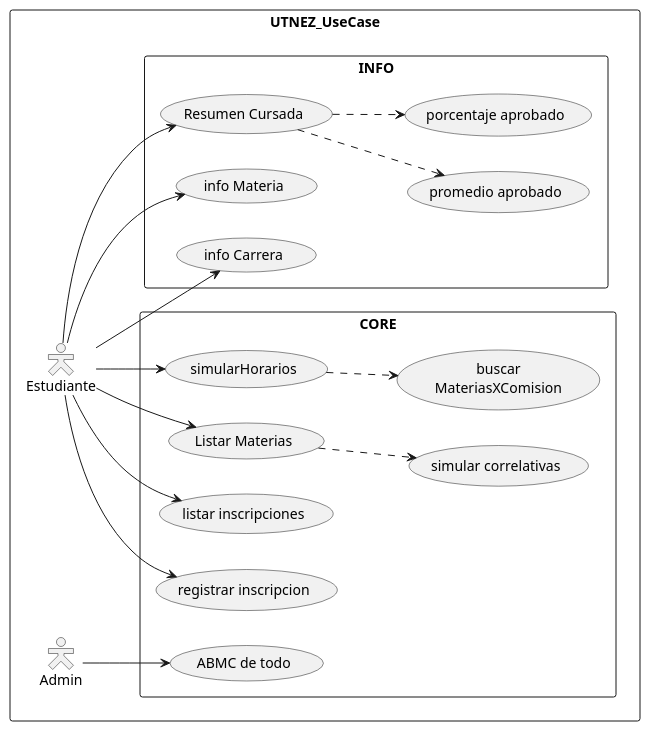
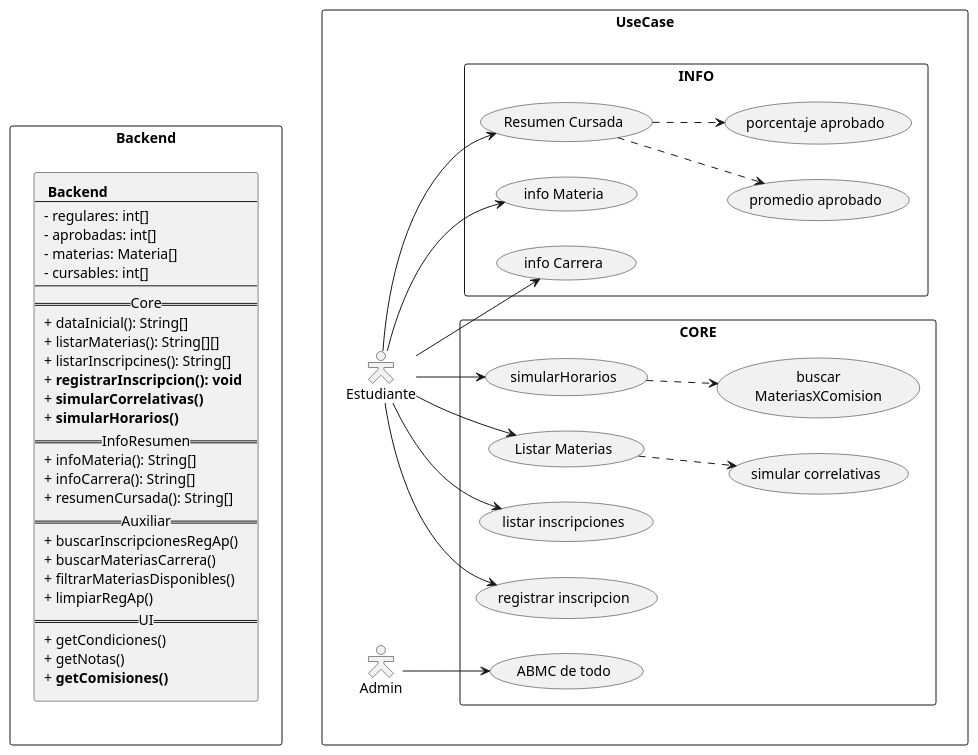
The diagram in Doc/UTNEZ_UseCase.puml (EmilianoM7/UTN_EZ), drawn with PlantUML before and after one commit. The commit also changed 37 other files, not shown here.

```diff
--- a/Doc/UTNEZ_UseCase.puml
+++ b/Doc/UTNEZ_UseCase.puml
@@ -1,38 +1,75 @@
 @startuml
 
 ' --- SKIN ---
 
 skinparam actorStyle Hollow
 left to right direction
 
 ' --- DIAGRAMA ---
 
-rectangle UTNEZ_UseCase{
+
+rectangle UseCase{
 
     :Estudiante: as E
     :Admin: as A
 
     rectangle CORE{
         (simularHorarios) as sh
         E --> sh
         sh ..> (buscar\nMateriasXComision)
         (Listar Materias) as lm
         E --> lm
         lm ..> (simular correlativas)
         E --> (listar inscripciones)
         E --> (registrar inscripcion)
         A --> (ABMC de todo)
     }
 
     rectangle INFO{
         (Resumen Cursada) as rc
         E --> rc
         rc ..> (promedio aprobado)
         rc ..> (porcentaje aprobado)
         E --> (info Materia)
         E --> (info Carrera)
     }
 }
 
+rectangle Backend{
+    rectangle b[
+        <b> Backend
+        --
+        - regulares: int[]
+        - aprobadas: int[]
+        - materias: Materia[]
+        - cursables: int[]
+        --
+        ==Core==
+        + dataInicial(): String[]
+        + listarMaterias(): String[][]
+        + listarInscripcines(): String[]
+        + <b>registrarInscripcion(): void
+        + <b>simularCorrelativas()
+        + <b>simularHorarios()
+        ==InfoResumen==
+        + infoMateria(): String[]
+        + infoCarrera(): String[]
+        + resumenCursada(): String[]
+        ==Auxiliar==
+        + buscarInscripcionesRegAp()
+        + buscarMateriasCarrera()
+        + filtrarMateriasDisponibles()
+        + limpiarRegAp()
+        ==UI==
+        + getCondiciones()
+        + getNotas()
+        + <b>getComisiones()
+    ]
+}
+
+
+
+
+UseCase -[hidden]up-> Backend
 
 @enduml
```
